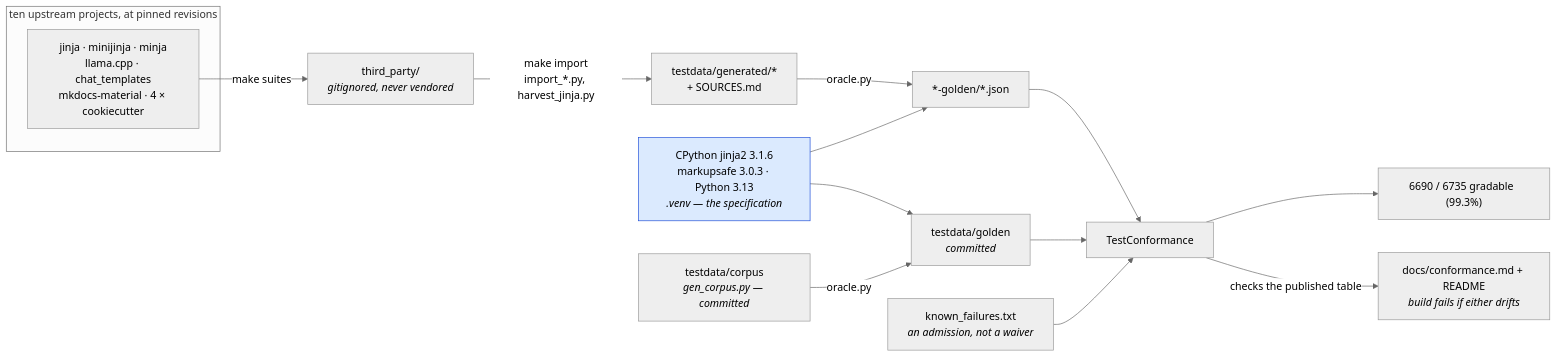
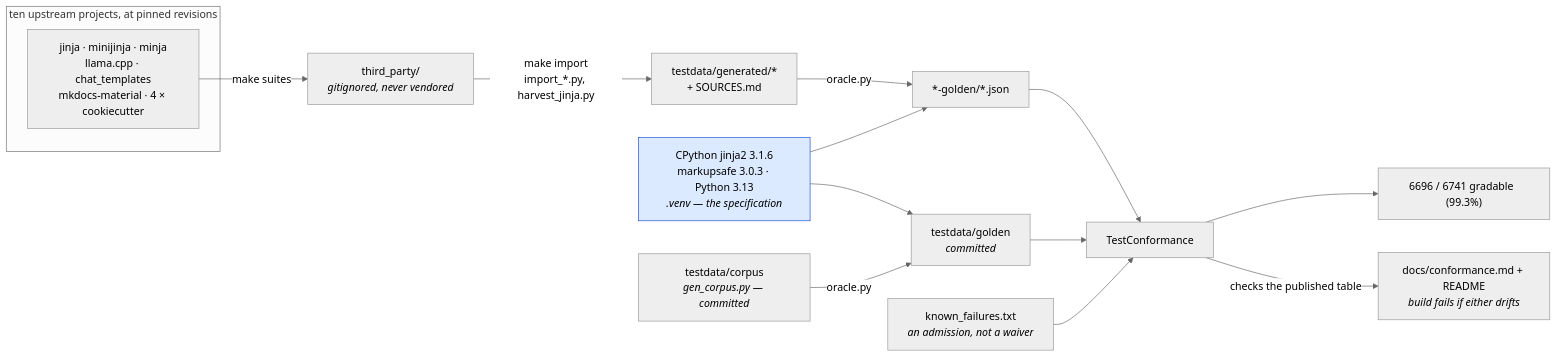
Before and after one commit to mgilbir/gojja2: the first of 2 diagrams in docs/conformance.md, drawn with Mermaid (neutral theme). The commit also changed other lines of this file and 24 other files, not shown here.

````diff
--- a/docs/conformance.md
+++ b/docs/conformance.md
@@ -17,24 +17,24 @@
 ```mermaid
 flowchart LR
     subgraph up["ten upstream projects, at pinned revisions"]
         U1["jinja · minijinja · minja<br/>llama.cpp · chat_templates<br/>mkdocs-material · 4 × cookiecutter"]
     end
     U1 -->|"make suites"| TP["third_party/<br/><i>gitignored, never vendored</i>"]
     TP -->|"make import<br/>import_*.py, harvest_jinja.py"| GEN["testdata/generated/*<br/>+ SOURCES.md"]
 
     ORA["CPython jinja2 3.1.6<br/>markupsafe 3.0.3 · Python 3.13<br/><i>.venv — the specification</i>"]
     GEN -->|"oracle.py"| G2["*-golden/*.json"]
     ORA --> G2
 
     OWN["testdata/corpus<br/><i>gen_corpus.py — committed</i>"] -->|"oracle.py"| G1["testdata/golden<br/><i>committed</i>"]
     ORA --> G1
 
     G1 --> TC["TestConformance"]
     G2 --> TC
     KF["known_failures.txt<br/><i>an admission, not a waiver</i>"] --> TC
-    TC --> RATE["6690 / 6735 gradable  (99.3%)"]
+    TC --> RATE["6696 / 6741 gradable  (99.3%)"]
     TC -->|"checks the published table"| RM["docs/conformance.md + README<br/><i>build fails if either drifts</i>"]
 
     classDef spec fill:#dbeafe,stroke:#1d4ed8,color:#000
     class ORA spec
 ```
````
